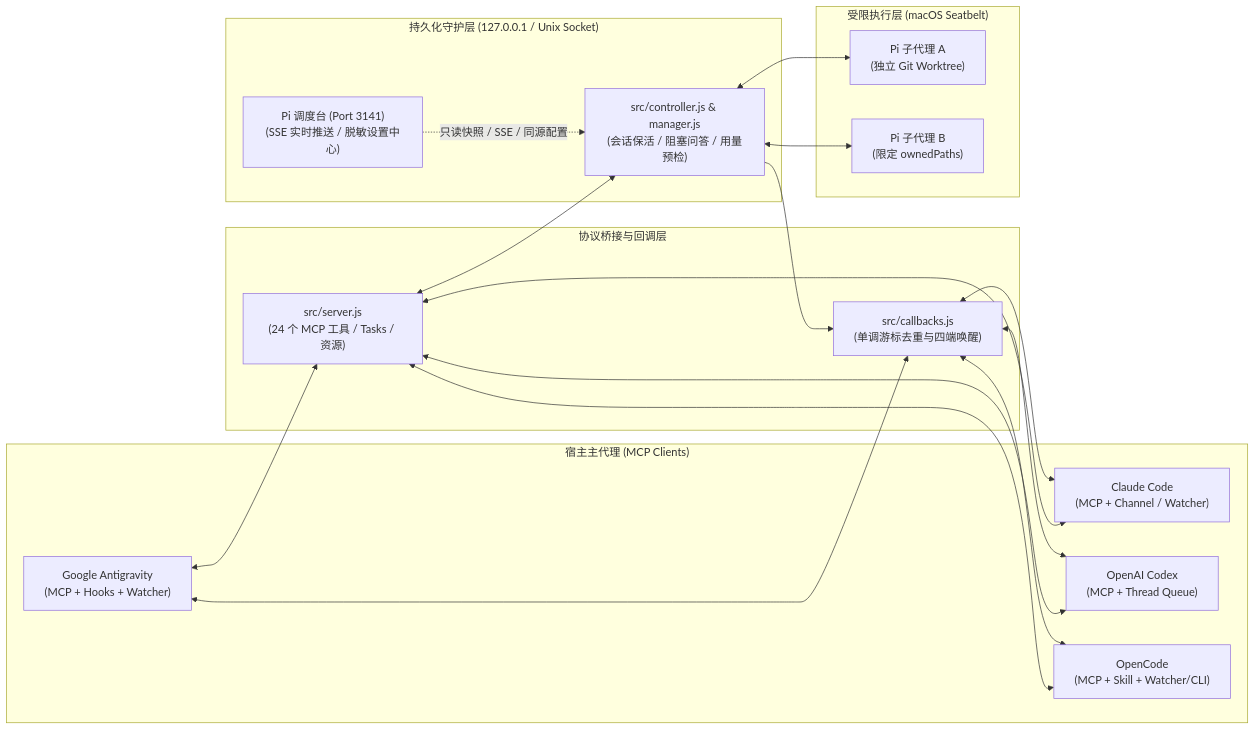
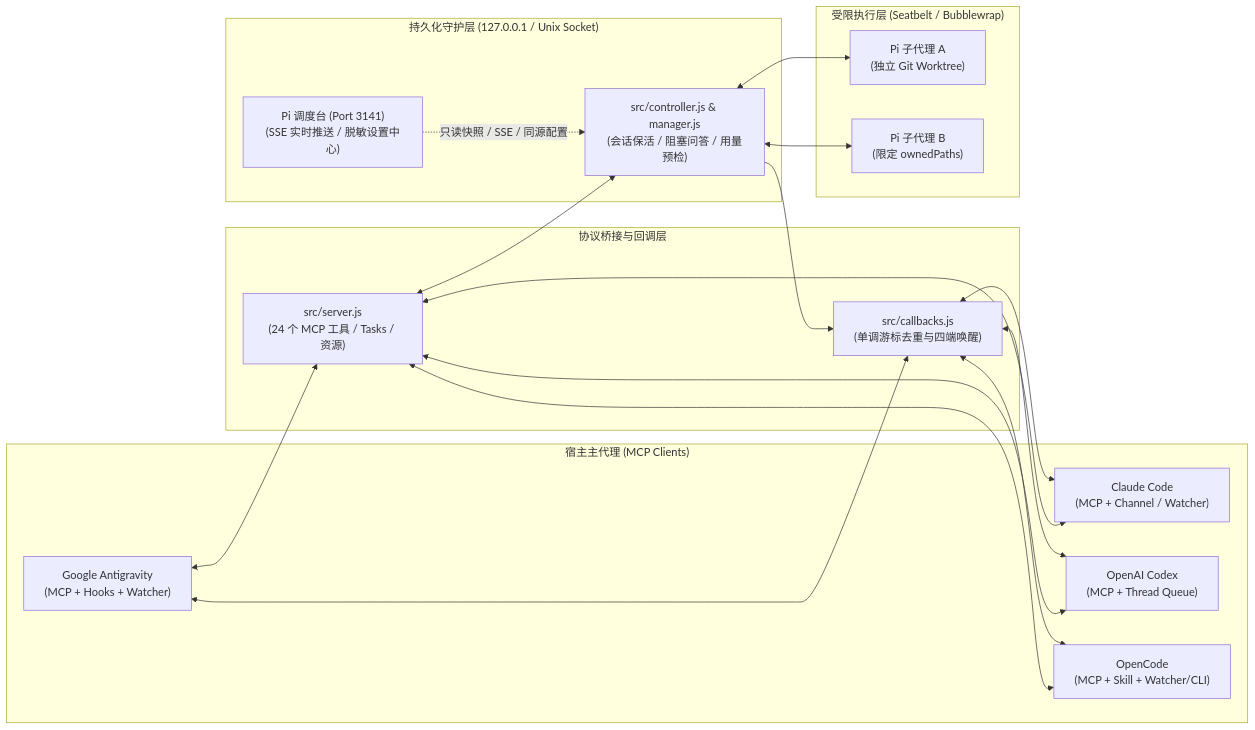
One commit to paintstar/PI-Server changed the diagram in README.md. Above: the diagram before and after it, drawn with Mermaid. The commit also changed other lines of this file and 8 other files, not shown here.

Commit message:
全面更新文档、仓库地址、四端架构图、双平台沙箱说明与 100 项测试记录

````diff
--- a/README.md
+++ b/README.md
@@ -39,38 +39,38 @@
 ```mermaid
 flowchart LR
   subgraph Hosts["宿主主代理 (MCP Clients)"]
     AGY["Google Antigravity\n(MCP + Hooks + Watcher)"]
     CC["Claude Code\n(MCP + Channel / Watcher)"]
     CDX["OpenAI Codex\n(MCP + Thread Queue)"]
     OC["OpenCode\n(MCP + Skill + Watcher/CLI)"]
   end
 
   subgraph Bridge["协议桥接与回调层"]
     SRV["src/server.js\n(24 个 MCP 工具 / Tasks / 资源)"]
     CB["src/callbacks.js\n(单调游标去重与四端唤醒)"]
   end
 
   subgraph Core["持久化守护层 (127.0.0.1 / Unix Socket)"]
     CTRL["src/controller.js & manager.js\n(会话保活 / 阻塞问答 / 用量预检)"]
     WEB["Pi 调度台 (Port 3141)\n(SSE 实时推送 / 脱敏设置中心)"]
   end
 
-  subgraph Workers["受限执行层 (macOS Seatbelt)"]
+  subgraph Workers["受限执行层 (Seatbelt / Bubblewrap)"]
     PI1["Pi 子代理 A\n(独立 Git Worktree)"]
     PI2["Pi 子代理 B\n(限定 ownedPaths)"]
   end
 
   AGY <--> SRV
   CC <--> SRV
   CDX <--> SRV
   OC <--> SRV
   SRV <--> CTRL
   CB <--> AGY
   CB <--> CC
   CB <--> CDX
   CB <--> OC
   CTRL --> CB
   CTRL <--> PI1
   CTRL <--> PI2
   WEB -. "只读快照 / SSE / 同源配置" .-> CTRL
 ```
````
